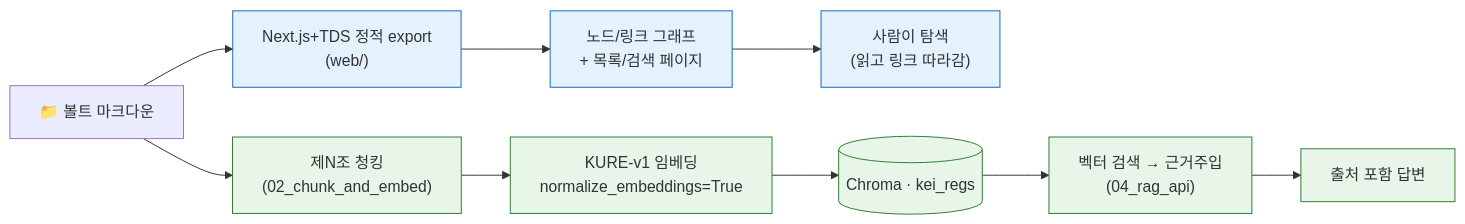
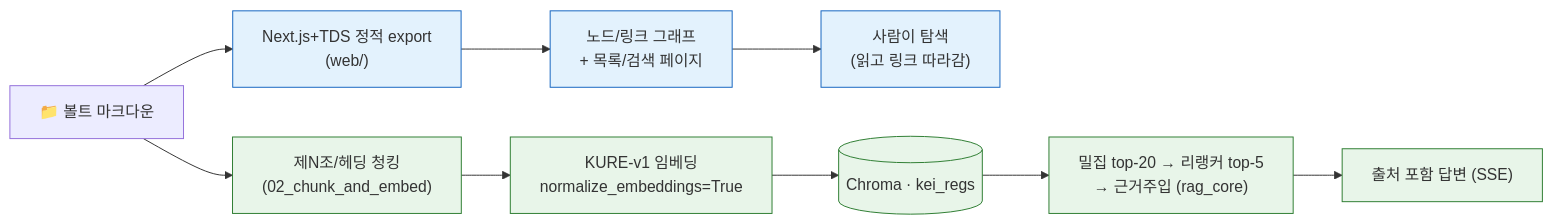
One commit to mooner92/KEIAdminSuperv changed the second of 4 diagrams in docs/02-architecture.md. Above: the diagram before and after it, drawn with Mermaid. The commit also changed other lines of this file and 13 other files, not shown here.

````diff
--- a/docs/02-architecture.md
+++ b/docs/02-architecture.md
@@ -103,19 +121,19 @@
 ```mermaid
 flowchart LR
     V["📁 볼트 마크다운"]
 
     V --> A1["Next.js+TDS 정적 export<br/>(web/)"]
     A1 --> A2["노드/링크 그래프<br/>+ 목록/검색 페이지"]
     A2 --> A3["사람이 탐색<br/>(읽고 링크 따라감)"]
 
-    V --> B1["제N조 청킹<br/>(02_chunk_and_embed)"]
+    V --> B1["제N조/헤딩 청킹<br/>(02_chunk_and_embed)"]
     B1 --> B2["KURE-v1 임베딩<br/>normalize_embeddings=True"]
     B2 --> B3[("Chroma · kei_regs")]
-    B3 --> B4["벡터 검색 → 근거주입<br/>(04_rag_api)"]
-    B4 --> B5["출처 포함 답변"]
+    B3 --> B4["밀집 top-20 → 리랭커 top-5<br/>→ 근거주입 (rag_core)"]
+    B4 --> B5["출처 포함 답변 (SSE)"]
 
     classDef brain fill:#e3f2fd,stroke:#1565c0;
     classDef assist fill:#e8f5e9,stroke:#2e7d32;
     class A1,A2,A3 brain;
     class B1,B2,B3,B4,B5 assist;
 ```
````
